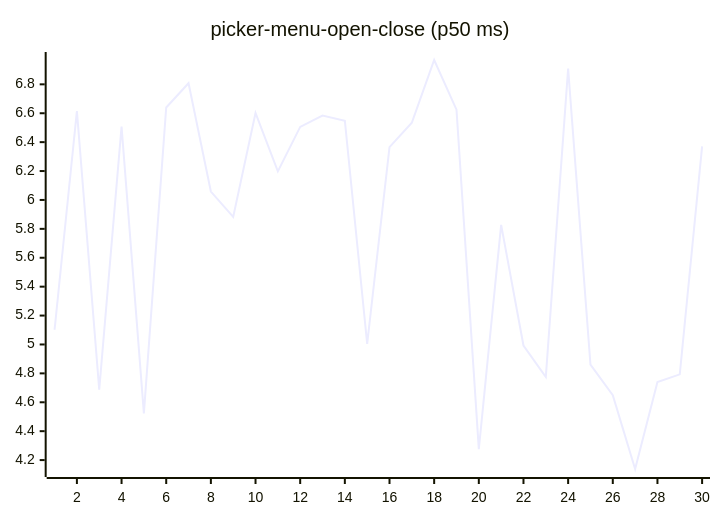
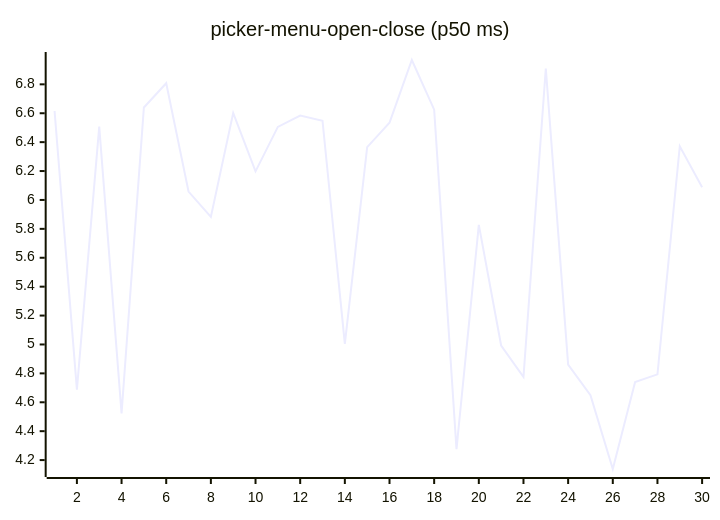
Before and after one commit to josha/Facet: diagram 16 of 27 in README.md, drawn with Mermaid. The commit also changed other lines of this file and 2 other files, not shown here.

````diff
--- a/README.md
+++ b/README.md
@@ -168,6 +168,6 @@
 ```mermaid
 xychart-beta
     title "picker-menu-open-close (p50 ms)"
     x-axis 1 --> 30
-    line [5.1020, 6.6154, 4.6873, 6.5076, 4.5232, 6.6400, 6.8077, 6.0581, 5.8829, 6.6018, 6.1978, 6.5053, 6.5840, 6.5483, 5.0039, 6.3653, 6.5343, 6.9684, 6.6249, 4.2762, 5.8275, 4.9929, 4.7749, 6.9094, 4.8605, 4.6493, 4.1383, 4.7397, 4.7934, 6.3713]
+    line [6.6154, 4.6873, 6.5076, 4.5232, 6.6400, 6.8077, 6.0581, 5.8829, 6.6018, 6.1978, 6.5053, 6.5840, 6.5483, 5.0039, 6.3653, 6.5343, 6.9684, 6.6249, 4.2762, 5.8275, 4.9929, 4.7749, 6.9094, 4.8605, 4.6493, 4.1383, 4.7397, 4.7934, 6.3713, 6.0885]
 ```
````
